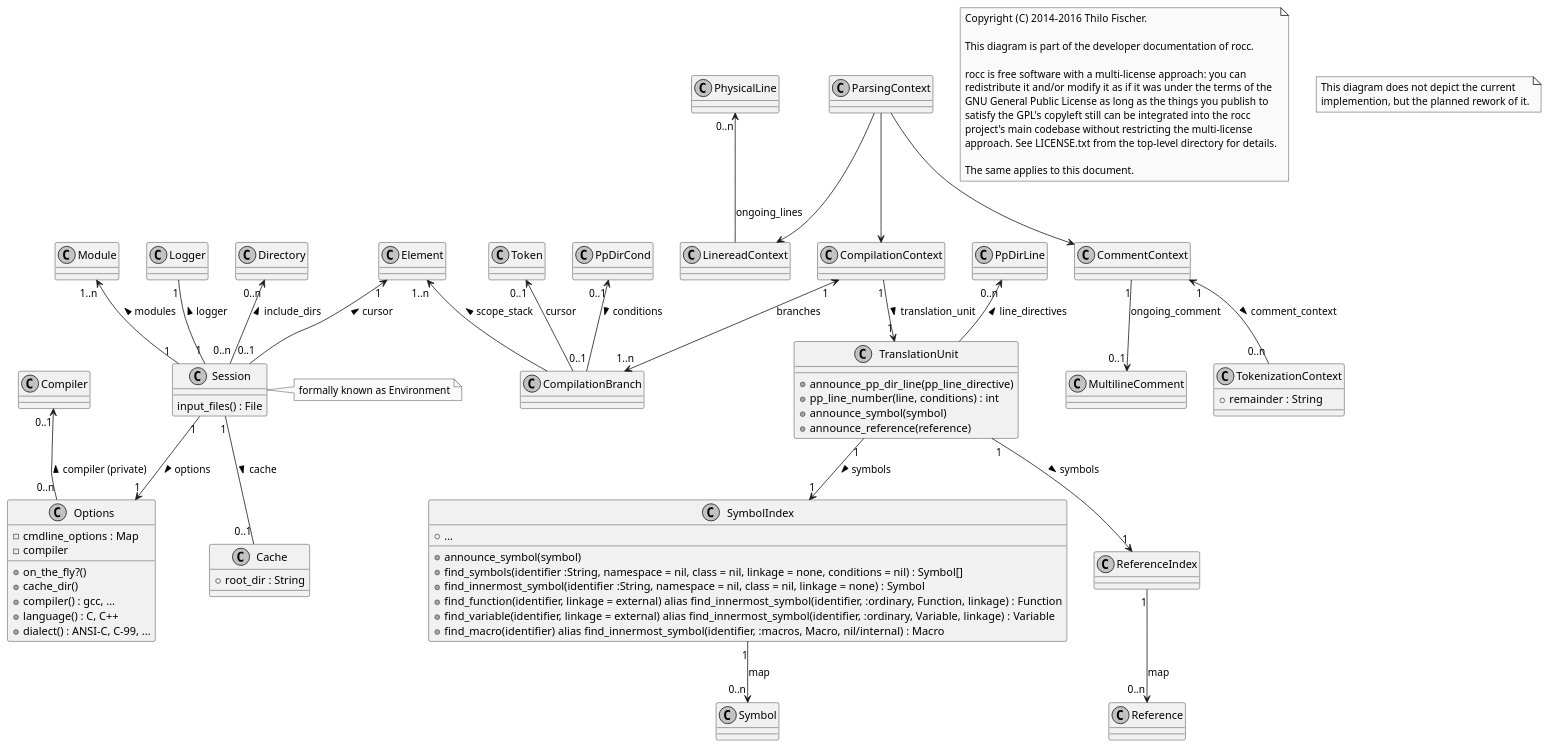
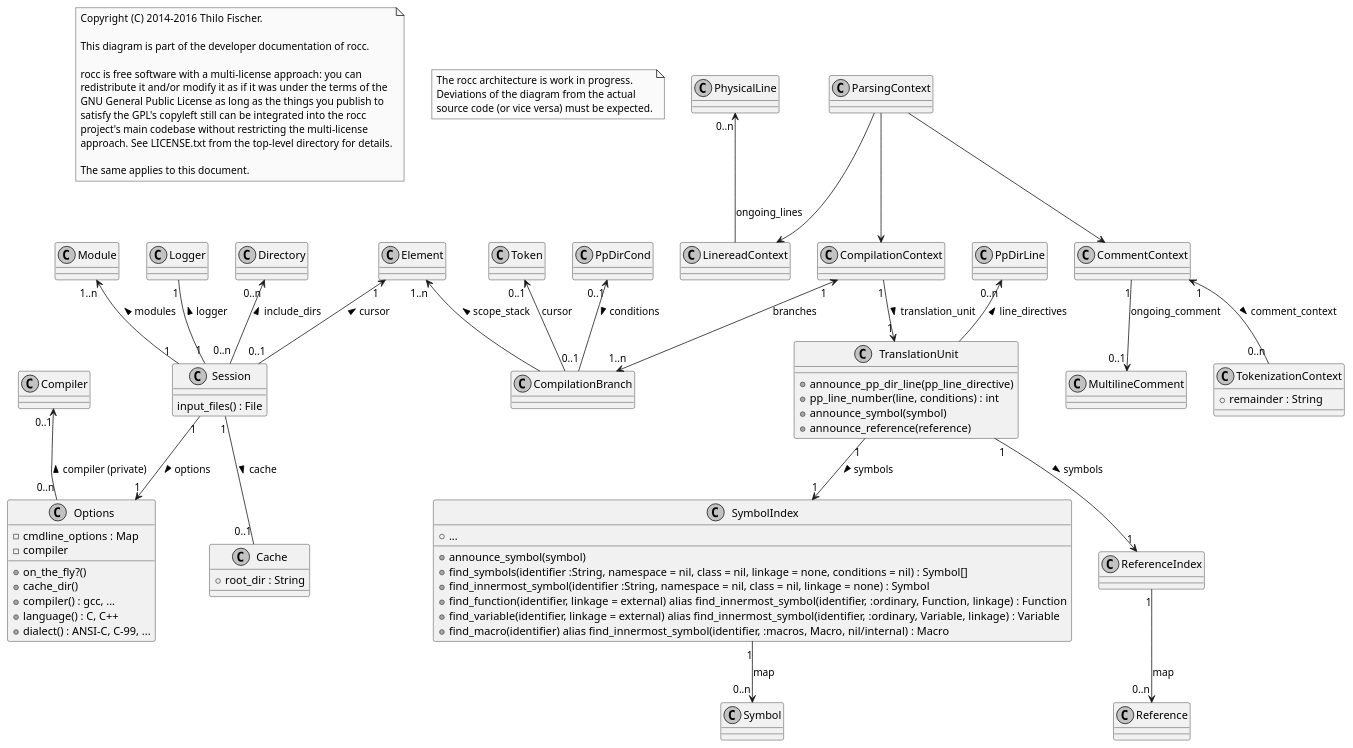
One commit to thilo-fischer/rocc changed the diagram in design/operational.puml. Above: the diagram before and after it, drawn with PlantUML. The commit also changed 5 other files, not shown here.

Commit message:
remove 'planned rework' comments in design diagrams

```diff
--- a/design/operational.puml
+++ b/design/operational.puml
@@ -1,109 +1,109 @@
 @startuml
 
 note as copyright_note
   Copyright (C) 2014-2016  Thilo Fischer.
   
   This diagram is part of the developer documentation of rocc.
  
   rocc is free software with a multi-license approach: you can
   redistribute it and/or modify it as if it was under the terms of the
   GNU General Public License as long as the things you publish to
   satisfy the GPL's copyleft still can be integrated into the rocc
   project's main codebase without restricting the multi-license
   approach. See LICENSE.txt from the top-level directory for details.
  
   The same applies to this document.
 end note
 
 skinparam monochrome true
 
 note as N1
-  This diagram does not depict the current
-  implemention, but the planned rework of it.
+  The rocc architecture is work in progress.
+  Deviations of the diagram from the actual
+  source code (or vice versa) must be expected.
 end note
 
 class Session {
   ' All the main_files of the translation units that make up the modules
   input_files() : File
 }
-note right: formally known as Environment
 Logger "1" -- "1" Session : logger <
 ' From the Elements UML diagram
 Element "1" <-- "0..1" Session : cursor <
 Directory "0..n" <-- "0..n" Session : include_dirs <
 Module "1..n" <-- "1" Session : modules <
 
 class Options {
   + on_the_fly?()
   ' path to the cache directory, Session will create its cache from this
   + cache_dir()
   ' emulate a certain compilers command line argument processing (and possibly other behaviour)
   + compiler() : gcc, ...
   + language() : C, C++
   + dialect() : ANSI-C, C-99, ...
   - cmdline_options : Map
   - compiler
 }
 Session "1" --> "1" Options : options >
 Compiler "0..1" <-- "0..n" Options : compiler (private) <
 
 class Cache {
   + root_dir : String
 }
 ' Normally it is 1--1, but cache multiplicity may be 0 for on-the-fly invokations
 Session "1" -- "0..1" Cache : cache >
 
 class ParsingContext {
 }
 
 ParsingContext --> LinereadContext
 PhysicalLine "0..n" <-- LinereadContext : ongoing_lines
 
 ParsingContext --> CommentContext
 ' Refers to a comment if the comment's beginning has already been parsed, but the comment's ending has not yet been found (e.g. block comments that span several lines)
 CommentContext "1" --> "0..1" MultilineComment : ongoing_comment
 
 ParsingContext --> CompilationContext
 class CompilationContext {
 }
 CompilationContext "1" <--> "1..n" CompilationBranch : branches
 
 class TokenizationContext {
 ' remaining charactres of current line to tokenize
 + remainder : String
 }
 CommentContext "1" <-- "0..n" TokenizationContext : comment_context >
 
 ' array of all preprocessing conditional branches chosen
 PpDirCond "0..1" <-- "0..1" CompilationBranch : conditions >
 
 Token "0..1" <-- CompilationBranch : cursor
 
-' Which namespace, class, function, compound statement, etc. are we in at the current position in source code (formally known as expansion_stack)
+' Which namespace (C++), class (C++), function, compound statement, etc. are we in at the current position in source code
 Element "1..n" <-- CompilationBranch : scope_stack <
 
 class TranslationUnit {
   + announce_pp_dir_line(pp_line_directive)
   + pp_line_number(line, conditions) : int
   + announce_symbol(symbol)
   + announce_reference(reference)
 }
 CompilationContext "1" --> "1" TranslationUnit : translation_unit >
 PpDirLine "0..n" <-- TranslationUnit : line_directives <
 
 class SymbolIndex {
 + announce_symbol(symbol)
 + find_symbols(identifier :String, namespace = nil, class = nil, linkage = none, conditions = nil) : Symbol[]
 + find_innermost_symbol(identifier :String, namespace = nil, class = nil, linkage = none) : Symbol
 + find_function(identifier, linkage = external) alias find_innermost_symbol(identifier, :ordinary, Function, linkage) : Function
 + find_variable(identifier, linkage = external) alias find_innermost_symbol(identifier, :ordinary, Variable, linkage) : Variable
 + find_macro(identifier) alias find_innermost_symbol(identifier, :macros, Macro, nil/internal) : Macro
 + ...
 }
 TranslationUnit "1" --> "1" SymbolIndex : symbols >
 SymbolIndex "1" --> "0..n" Symbol : map
 
 TranslationUnit "1" --> "1" ReferenceIndex : symbols >
 ReferenceIndex "1" --> "0..n" Reference : map
 
 @enduml
```
